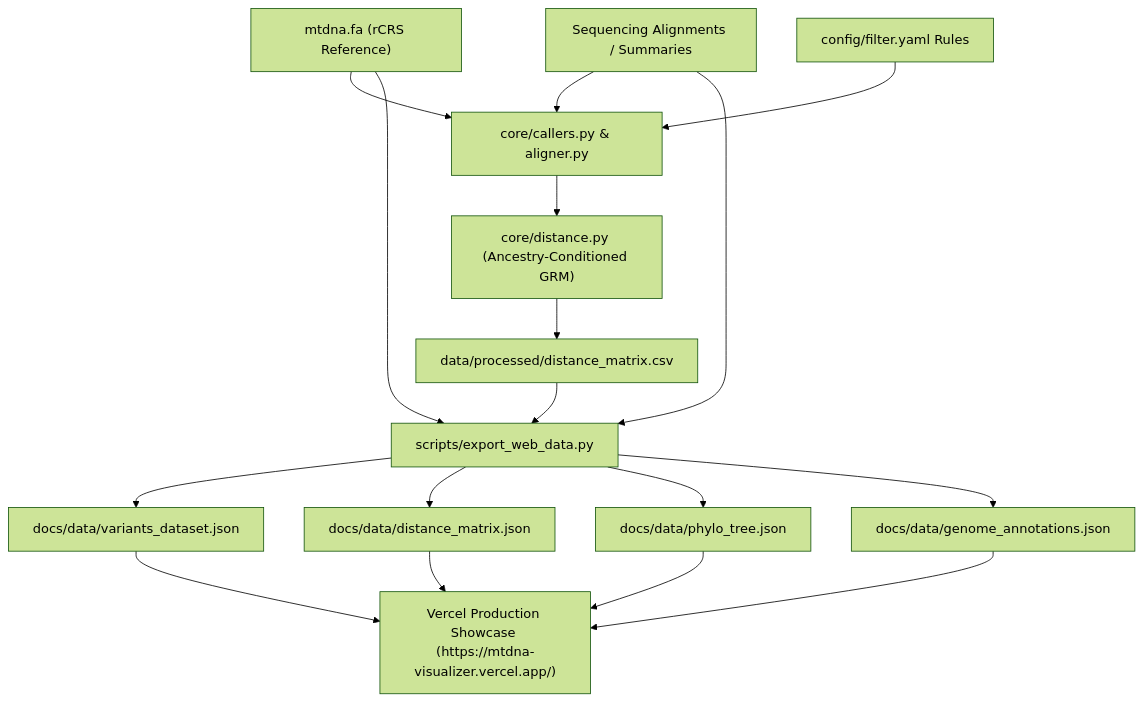
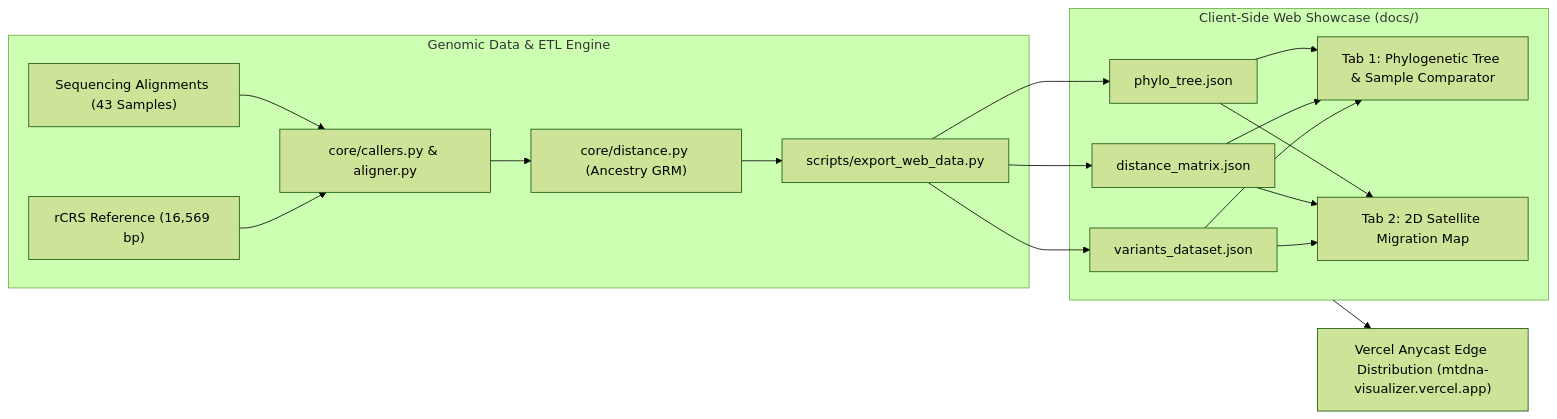
One commit to nbasok149/genomic-mito-showcase changed the diagram in README.md. Above: the diagram before and after it, drawn with Mermaid (forest theme). The commit also changed other lines of this file and 4 other files, not shown here.

````diff
--- a/README.md
+++ b/README.md
@@ -24,22 +21,20 @@
 ```mermaid
-flowchart TD
-    FA["mtdna.fa (rCRS Reference)"] --> Core["core/callers.py & aligner.py"]
-    RAW["Sequencing Alignments / Summaries"] --> Core
-    CFG["config/filter.yaml Rules"] --> Core
-    Core --> DM["core/distance.py (Ancestry-Conditioned GRM)"]
-    DM --> MAT["data/processed/distance_matrix.csv"]
-    
-    MAT --> ETL["scripts/export_web_data.py"]
-    RAW --> ETL
-    FA --> ETL
-    
-    ETL --> J1["docs/data/variants_dataset.json"]
-    ETL --> J2["docs/data/distance_matrix.json"]
-    ETL --> J3["docs/data/phylo_tree.json"]
-    ETL --> J4["docs/data/genome_annotations.json"]
-    
-    J1 --> WEB["Vercel Production Showcase (https://mtdna-visualizer.vercel.app/)"]
-    J2 --> WEB
-    J3 --> WEB
-    J4 --> WEB
+flowchart LR
+    subgraph DataEngine ["Genomic Data & ETL Engine"]
+        FA["rCRS Reference (16,569 bp)"] --> Core["core/callers.py & aligner.py"]
+        RAW["Sequencing Alignments (43 Samples)"] --> Core
+        Core --> DM["core/distance.py (Ancestry GRM)"]
+        DM --> ETL["scripts/export_web_data.py"]
+    end
+
+    subgraph WebShowcase ["Client-Side Web Showcase (docs/)"]
+        ETL --> JSON1["variants_dataset.json"]
+        ETL --> JSON2["distance_matrix.json"]
+        ETL --> JSON3["phylo_tree.json"]
+        
+        JSON1 & JSON2 & JSON3 --> Tree["Tab 1: Phylogenetic Tree & Sample Comparator"]
+        JSON1 & JSON2 & JSON3 --> Map["Tab 2: 2D Satellite Migration Map"]
+    end
+
+    WebShowcase --> Vercel["Vercel Anycast Edge Distribution (mtdna-visualizer.vercel.app)"]
 ```
````
